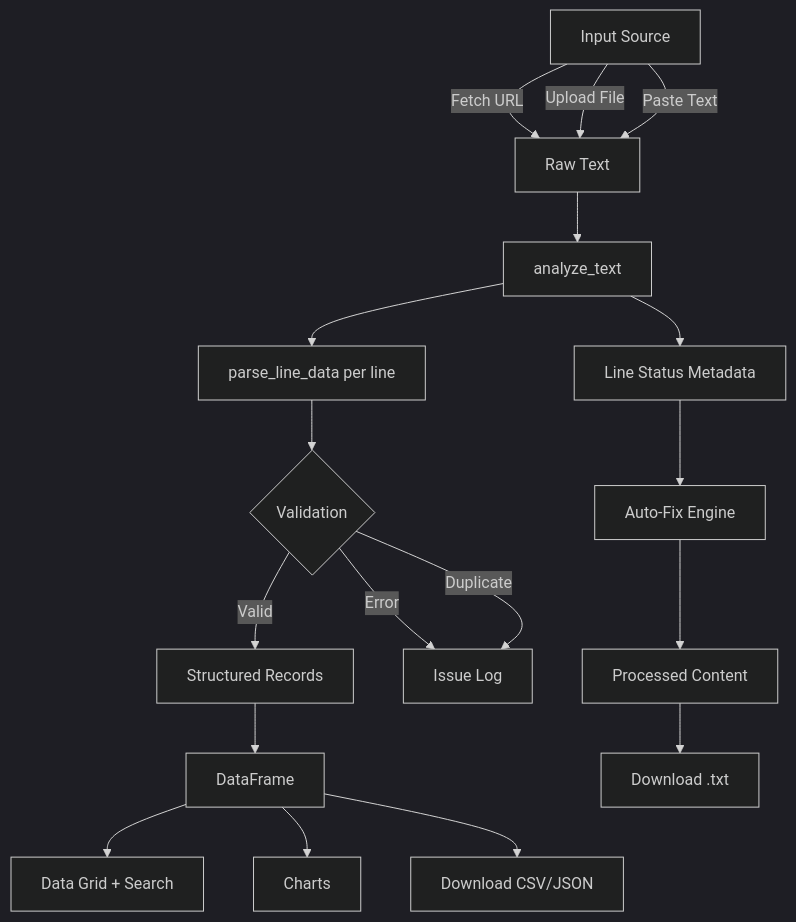
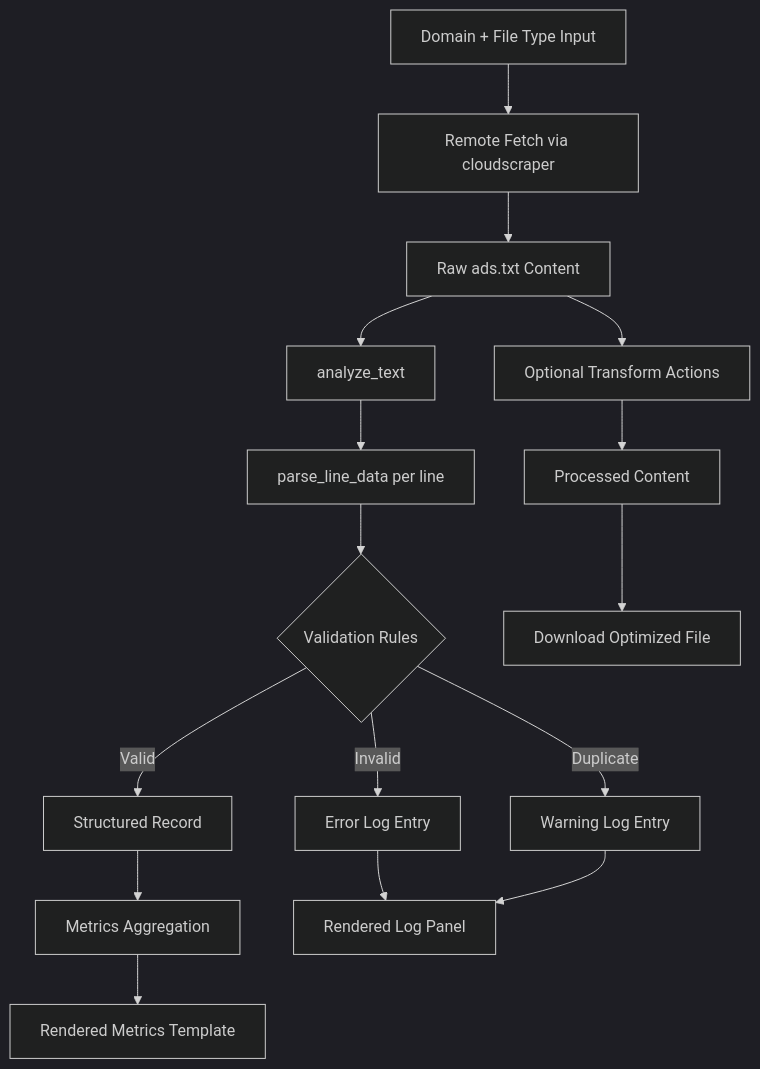
Before and after one commit to OstinUA/Validate-and-Optimize-app-ads.txt-ads.txt-file: the diagram in README.md, drawn with Mermaid (dark theme). The commit also changed other lines of this file and 9 other files, not shown here.

````diff
--- a/README.md
+++ b/README.md
@@ -90,24 +107,18 @@
 ```mermaid
 flowchart TD
-    A[Input Source] -->|Fetch URL| B[Raw Text]
-    A -->|Upload File| B
-    A -->|Paste Text| B
-
-    B --> C[analyze_text]
-    C --> D[parse_line_data per line]
-    D --> E{Validation}
-    E -->|Valid| F[Structured Records]
-    E -->|Error| G[Issue Log]
-    E -->|Duplicate| G
-
-    F --> H[DataFrame]
-    H --> I[Data Grid + Search]
-    H --> J[Charts]
-
-    C --> K[Line Status Metadata]
-    K --> L[Auto-Fix Engine]
-    L --> M[Processed Content]
-
-    M --> N[Download .txt]
-    H --> O[Download CSV/JSON]
+    A[Domain + File Type Input] --> B[Remote Fetch via cloudscraper]
+    B --> C[Raw ads.txt Content]
+    C --> D[analyze_text]
+    D --> E[parse_line_data per line]
+    E --> F{Validation Rules}
+    F -->|Valid| G[Structured Record]
+    F -->|Invalid| H[Error Log Entry]
+    F -->|Duplicate| I[Warning Log Entry]
+    G --> J[Metrics Aggregation]
+    H --> K[Rendered Log Panel]
+    I --> K
+    J --> L[Rendered Metrics Template]
+    C --> M[Optional Transform Actions]
+    M --> N[Processed Content]
+    N --> O[Download Optimized File]
 ```
````
